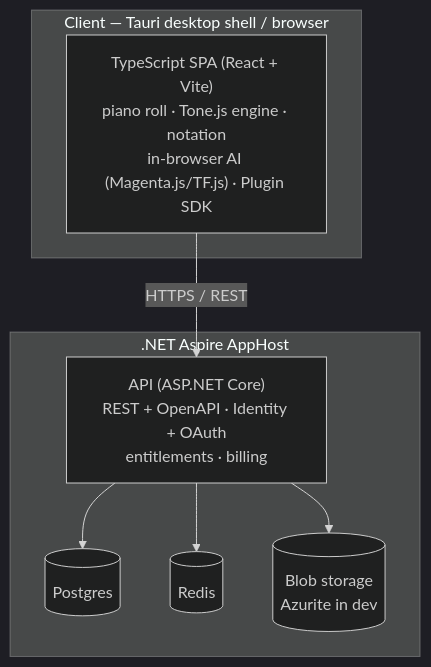
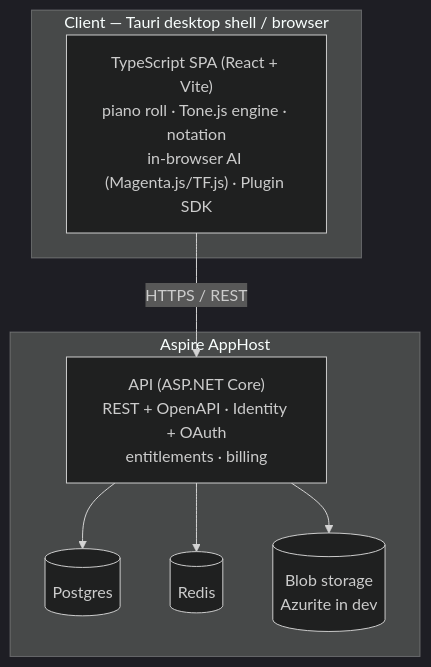
Before and after one commit to IEvangelist/cadence: the diagram in README.md, drawn with Mermaid (dark theme). The commit also changed other lines of this file and 11 other files, not shown here.

````diff
--- a/README.md
+++ b/README.md
@@ -91,16 +94,16 @@
 ```mermaid
 flowchart TB
     subgraph client["Client — Tauri desktop shell / browser"]
         spa["TypeScript SPA (React + Vite)<br/>piano roll · Tone.js engine · notation<br/>in-browser AI (Magenta.js/TF.js) · Plugin SDK"]
     end
-    subgraph aspire[".NET Aspire AppHost"]
+    subgraph aspire["Aspire AppHost"]
         api["API (ASP.NET Core)<br/>REST + OpenAPI · Identity + OAuth<br/>entitlements · billing"]
         pg[("Postgres")]
         redis[("Redis")]
         blob[("Blob storage<br/>Azurite in dev")]
     end
     spa -- "HTTPS / REST" --> api
     api --> pg
     api --> redis
     api --> blob
 ```
````
